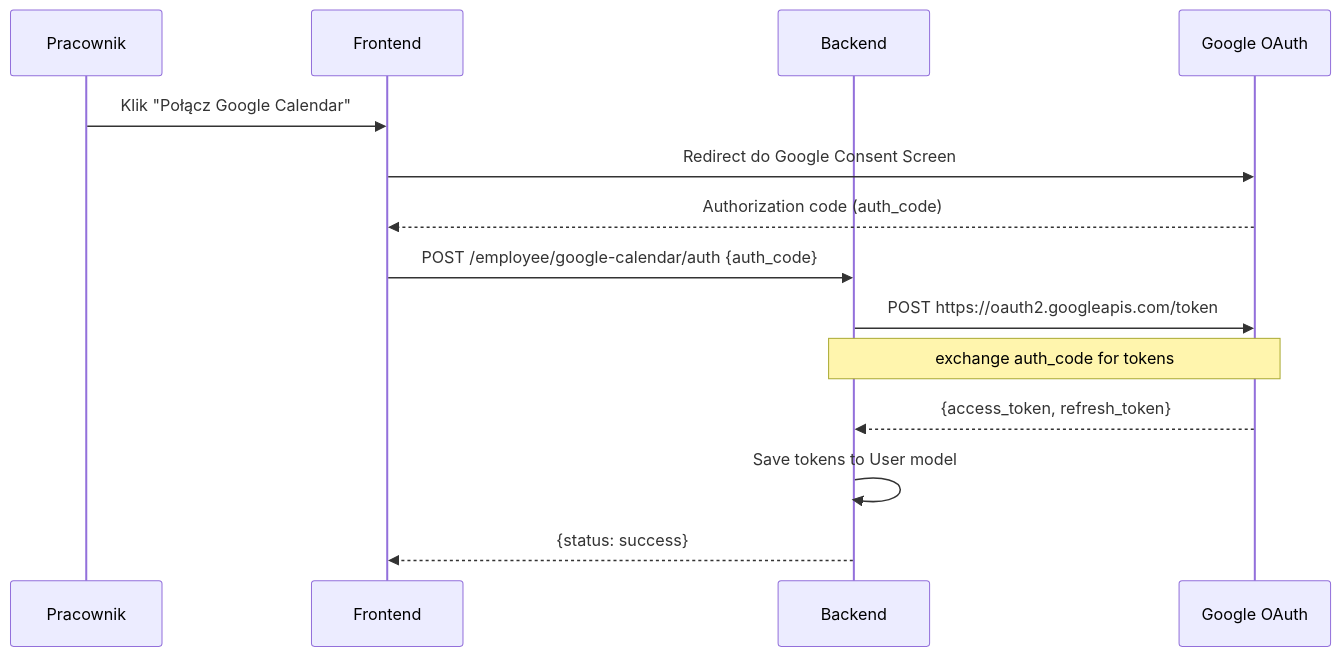
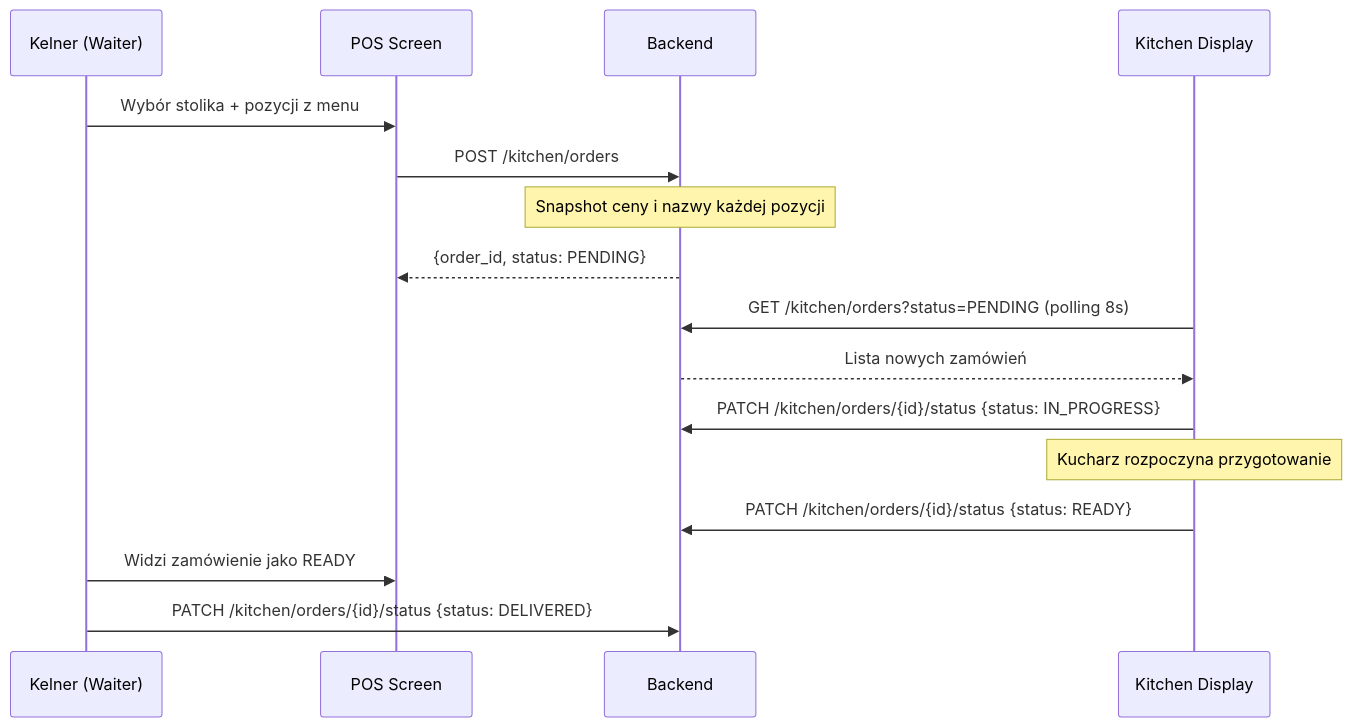
Before and after one commit to mwieclawek/PlannerV2: the fifth of 5 diagrams in ARCHITECTURE.md, drawn with Mermaid. The commit also changed other lines of this file and 2 other files, not shown here.

Commit message:
docs: comprehensive update of README, ARCHITECTURE, and USER_GUIDE with POS/KDS, push notifications, leave requests, and all new features

````diff
--- a/ARCHITECTURE.md
+++ b/ARCHITECTURE.md
@@ -182,17 +291,19 @@
 ```mermaid
 sequenceDiagram
-    participant E as Pracownik
-    participant F as Frontend
+    participant W as Kelner (Waiter)
+    participant POS as POS Screen
     participant B as Backend
-    participant G as Google OAuth
+    participant KDS as Kitchen Display
 
-    E->>F: Klik "Połącz Google Calendar"
-    F->>G: Redirect do Google Consent Screen
-    G-->>F: Authorization code (auth_code)
-    F->>B: POST /employee/google-calendar/auth {auth_code}
-    B->>G: POST https://oauth2.googleapis.com/token
-    Note over B,G: exchange auth_code for tokens
-    G-->>B: {access_token, refresh_token}
-    B->>B: Save tokens to User model
-    B-->>F: {status: success}
+    W->>POS: Wybór stolika + pozycji z menu
+    POS->>B: POST /kitchen/orders
+    Note over B: Snapshot ceny i nazwy każdej pozycji
+    B-->>POS: {order_id, status: PENDING}
+    KDS->>B: GET /kitchen/orders?status=PENDING (polling 8s)
+    B-->>KDS: Lista nowych zamówień
+    KDS->>B: PATCH /kitchen/orders/{id}/status {status: IN_PROGRESS}
+    Note over KDS: Kucharz rozpoczyna przygotowanie
+    KDS->>B: PATCH /kitchen/orders/{id}/status {status: READY}
+    W->>POS: Widzi zamówienie jako READY
+    W->>B: PATCH /kitchen/orders/{id}/status {status: DELIVERED}
 ```
````
